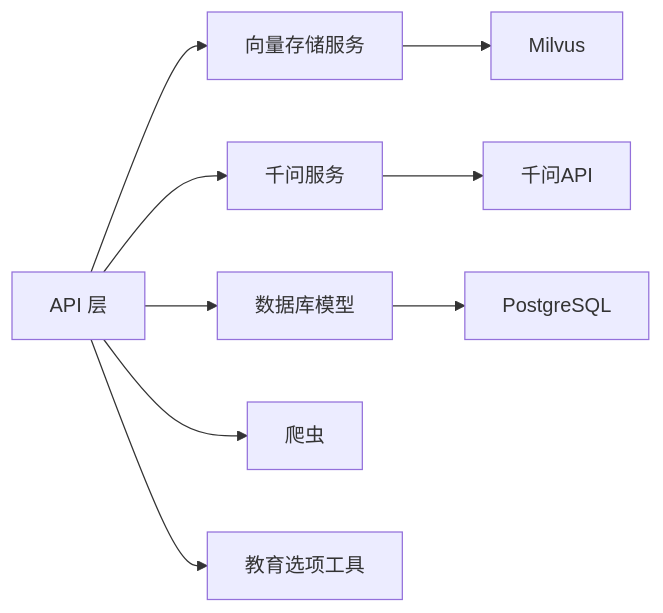
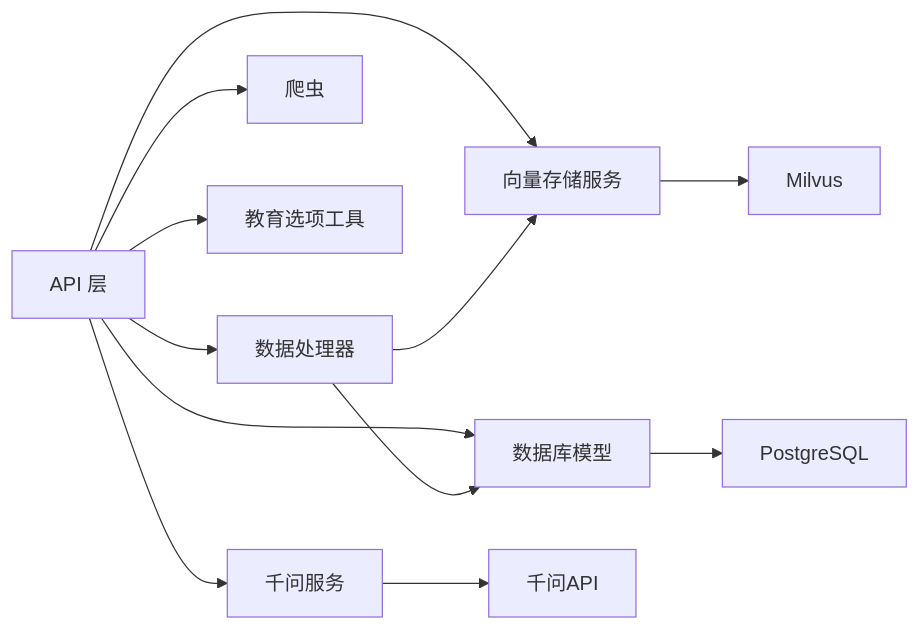
One commit to ghbbn053-ship-itsoulddog/soulddog changed the ninth of 9 diagrams in .qoder/repowiki/zh/content/AI智能问答系统/AI智能问答系统.md. Above: the diagram before and after it, drawn with Mermaid. The commit also changed other lines of this file and 10 other files, not shown here.

````diff
--- a/.qoder/repowiki/zh/content/AI智能问答系统/AI智能问答系统.md
+++ b/.qoder/repowiki/zh/content/AI智能问答系统/AI智能问答系统.md
@@ -322,11 +383,14 @@
 ```mermaid
 graph LR
 API["API 层"] --> VEC["向量存储服务"]
 API --> QW["千问服务"]
 API --> DB["数据库模型"]
 API --> SCR["爬虫"]
 API --> OPT["教育选项工具"]
+API --> DP["数据处理器"]
 VEC --> MILVUS["Milvus"]
 DB --> PG["PostgreSQL"]
 QW --> LLM["千问API"]
+DP --> VEC
+DP --> DB
 ```
````
